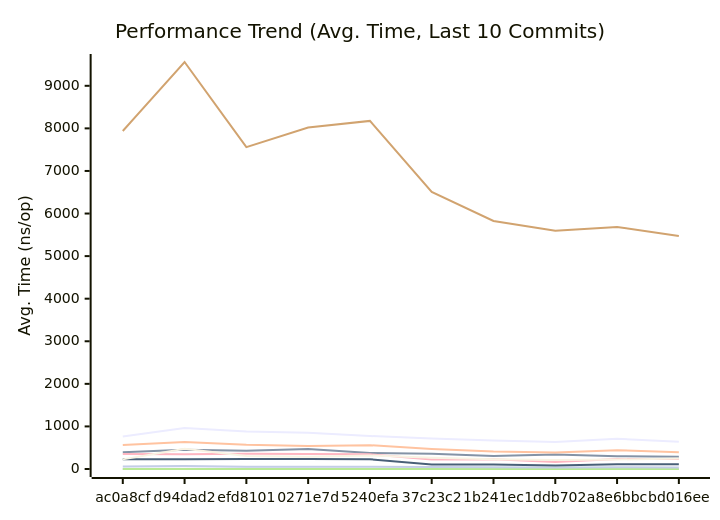
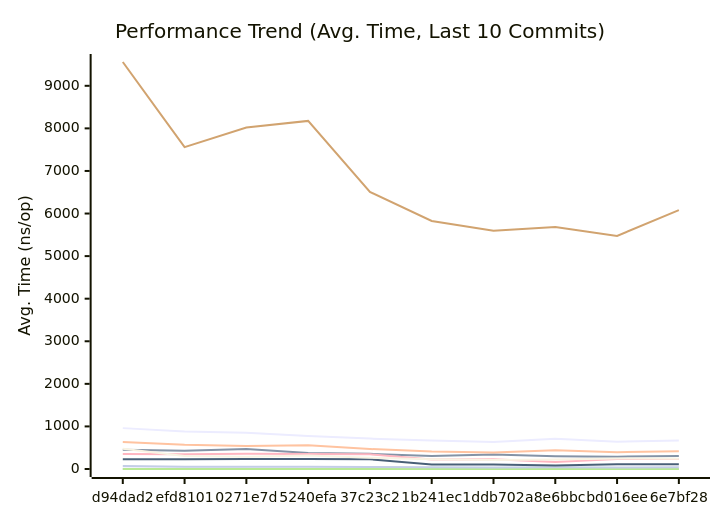
Before and after one commit to alsotoes/momo: the first of 3 diagrams in docs/PERFORMANCE.md, drawn with Mermaid. The commit also changed other lines of this file and 4 other files, not shown here.

````diff
--- a/docs/PERFORMANCE.md
+++ b/docs/PERFORMANCE.md
@@ -128,18 +128,18 @@
 ```mermaid
 xychart-beta
     title "Performance Trend (Avg. Time, Last 10 Commits)"
     x-axis "Commit"
     y-axis "Avg. Time (ns/op)"
-    x-axis [ac0a8cf,d94dad2,efd8101,0271e7d,5240efa,37c23c2,1b241ec,1ddb702,a8e6bbc,bd016ee]
-    line "CheckMetricsAndSwap" [8,11,12,11,8,7,7,7,9,8]
-    line "CrushOptimized" [396,452,428,468,378,356,305,338,300,289]
-    line "CrushOriginal" [566,637,571,542,558,469,409,387,443,396]
-    line "IndexDirectTracking" [0,0,1,1,0,0,0,0,0,0]
-    line "IndexSearch" [2,2,2,2,2,2,2,1,2,2]
-    line "LoadGlobalConfig" [7939,9559,7558,8021,8176,6507,5825,5598,5683,5474]
-    line "PadString" [57,70,53,52,53,47,39,36,39,36]
+    x-axis [d94dad2,efd8101,0271e7d,5240efa,37c23c2,1b241ec,1ddb702,a8e6bbc,bd016ee,6e7bf28]
+    line "CheckMetricsAndSwap" [11,12,11,8,7,7,7,9,8,8]
+    line "CrushOptimized" [452,428,468,378,356,305,338,300,289,304]
+    line "CrushOriginal" [637,571,542,558,469,409,387,443,396,419]
+    line "IndexDirectTracking" [0,1,1,0,0,0,0,0,0,0]
+    line "IndexSearch" [2,2,2,2,2,2,1,2,2,2]
+    line "LoadGlobalConfig" [9559,7558,8021,8176,6507,5825,5598,5683,5474,6080]
+    line "PadString" [70,53,52,53,47,39,36,39,36,39]
     line "ParseReplicationOrder_NoPrealloc" [350,349,357,354,345,225,229,165,232,234]
     line "ParseReplicationOrder_Prealloc" [229,231,237,234,229,108,107,80,110,109]
-    line "SanitizeLog/Safe" [226,474,303,288,316,266,229,212,222,245]
-    line "SanitizeLog/Unsafe" [761,960,883,849,775,714,667,636,710,640]
+    line "SanitizeLog/Safe" [474,303,288,316,266,229,212,222,245,238]
+    line "SanitizeLog/Unsafe" [960,883,849,775,714,667,636,710,640,671]
 ```
````
